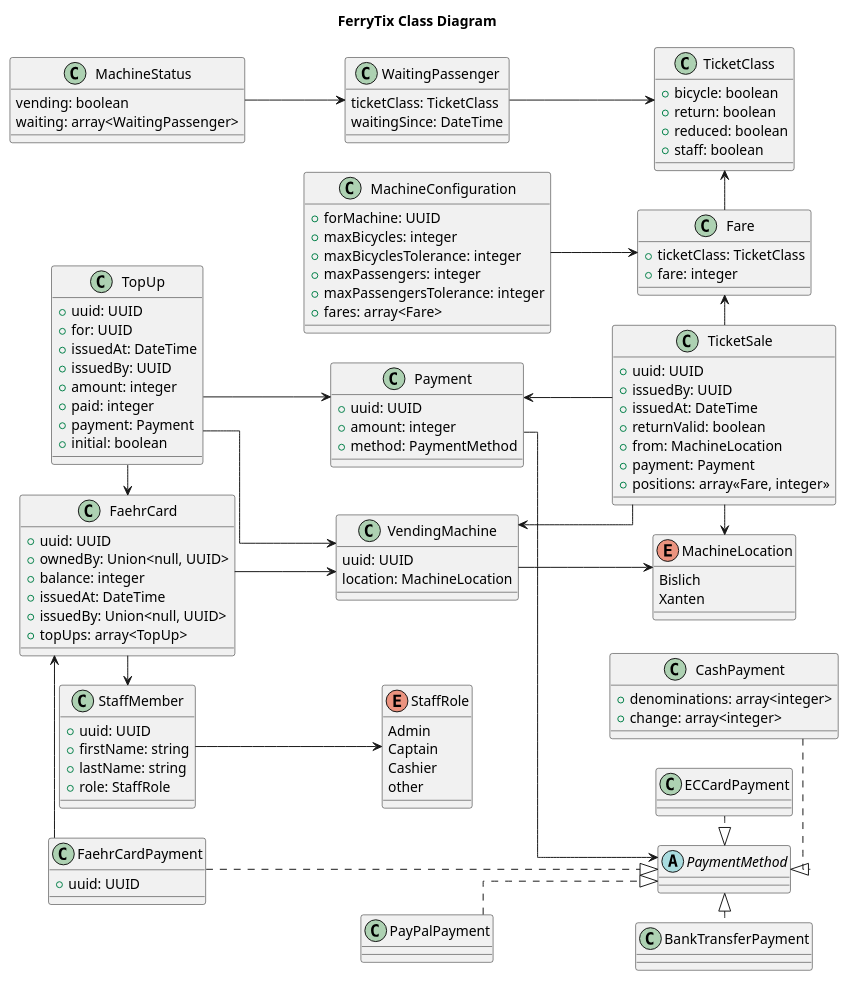
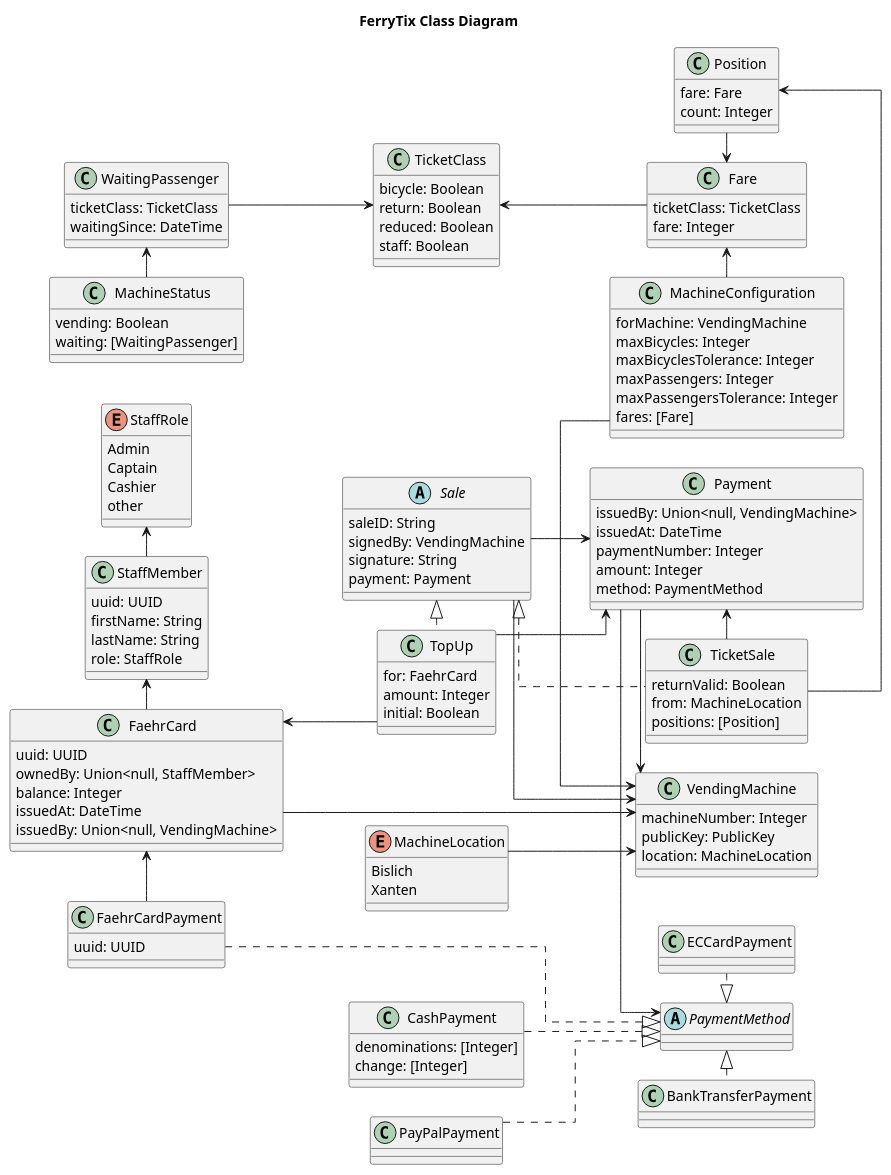
Before and after one commit to FerryTix/diagrams: the diagram in src/class_diagram.puml, drawn with PlantUML. The commit also changed 1 other file, not shown here.

Commit message:
update class diagram

```diff
--- a/src/class_diagram.puml
+++ b/src/class_diagram.puml
@@ -1,164 +1,177 @@
 @startuml
 skinparam linetype ortho
 left to right direction
 skinparam nodesep 30
 title: FerryTix Class Diagram
+
 abstract class PaymentMethod
 
 class FaehrCardPayment {
-    + uuid: UUID
+    uuid: UUID
 }
 FaehrCardPayment .|> PaymentMethod
 FaehrCardPayment -left-> FaehrCard
 
 class CashPayment {
-    + denominations: array<integer>
-    + change: array<integer>
+    denominations: [Integer]
+    change: [Integer]
 }
 
-CashPayment .|> PaymentMethod
+CashPayment ..|> PaymentMethod
 
 class ECCardPayment {
 
 }
 
 ECCardPayment .|> PaymentMethod
 
 class BankTransferPayment {
 
 }
 
 BankTransferPayment .up|> PaymentMethod
 
 class PayPalPayment {
 
 }
 
 PayPalPayment ..|> PaymentMethod
 
 class Payment {
-    + uuid: UUID
-    + amount: integer
-    + method: PaymentMethod
+    issuedBy: Union<null, VendingMachine>
+    issuedAt: DateTime
+    paymentNumber: Integer
+    amount: Integer
+    method: PaymentMethod
 }
 
-Payment --> PaymentMethod
+Payment -> PaymentMethod
+Payment -> VendingMachine
 
 class TicketSale {
-    + uuid: UUID
-    + issuedBy: UUID
-    + issuedAt: DateTime
-    + returnValid: boolean
-    + from: MachineLocation
-    + payment: Payment
-    + positions: array<<Fare, integer>>
+    returnValid: Boolean
+    from: MachineLocation
+    positions: [Position]
 }
 
-TicketSale-up-> VendingMachine
-TicketSale-> MachineLocation
-TicketSale -up> Fare
+class Position {
+    fare: Fare
+    count: Integer
+}
+
+Position -> Fare
+Position <-TicketSale
+
 TicketSale -left-> Payment
 
 
 class TicketClass {
-    + bicycle: boolean
-    + return: boolean
-    + reduced: boolean
-    + staff: boolean
+    bicycle: Boolean
+    return: Boolean
+    reduced: Boolean
+    staff: Boolean
 }
 
-class TopUp {
-    + uuid: UUID
-    + for: UUID
-    + issuedAt: DateTime
-    + issuedBy: UUID
-    + amount: integer
-    + paid: integer
-    + payment: Payment
-    + initial: boolean
+abstract class Sale {
+    saleID: String
+    signedBy: VendingMachine
+    signature: String
+    payment: Payment
+
 }
 
-TopUp-> FaehrCard
-TopUp-> VendingMachine
+TicketSale .left.|> Sale
+TopUp .up|> Sale
+Sale -> Payment
+Sale -> VendingMachine
+
+class TopUp {
+    for: FaehrCard
+    amount: Integer
+    initial: Boolean
+}
+
 TopUp--> Payment
+FaehrCard <-- TopUp
 
 class StaffMember {
-    + uuid: UUID
-    + firstName: string
-    + lastName: string
-    + role: StaffRole
+    uuid: UUID
+    firstName: String
+    lastName: String
+    role: StaffRole
 }
 
-StaffMember--> StaffRole
+StaffMember -up> StaffRole
 
 enum StaffRole {
     Admin
     Captain
     Cashier
     other
 }
 
 class FaehrCard {
-    + uuid: UUID
-    + ownedBy: Union<null, UUID>
-    + balance: integer
-    + issuedAt: DateTime
-    + issuedBy: Union<null, UUID>
-    + topUps: array<TopUp>
+    uuid: UUID
+    ownedBy: Union<null, StaffMember>
+    balance: Integer
+    issuedAt: DateTime
+    issuedBy: Union<null, VendingMachine>
 }
 
-FaehrCard-> StaffMember
+FaehrCard -up> StaffMember
 FaehrCard--> VendingMachine
 
 class MachineConfiguration {
-    + forMachine: UUID
-    + maxBicycles: integer
-    + maxBicyclesTolerance: integer
-    + maxPassengers: integer
-    + maxPassengersTolerance: integer
-    + fares: array<Fare>
+    forMachine: VendingMachine
+    maxBicycles: Integer
+    maxBicyclesTolerance: Integer
+    maxPassengers: Integer
+    maxPassengersTolerance: Integer
+    fares: [Fare]
 }
 
-MachineConfiguration--> Fare
+MachineConfiguration -> VendingMachine
+MachineConfiguration -up> Fare
 
 class Fare {
-    + ticketClass: TicketClass
-    + fare: integer
+    ticketClass: TicketClass
+    fare: Integer
 }
 
-Fare-up> TicketClass
+TicketClass <-- Fare
 
 ' enum MachineCommand {
 '     setSignalRed
 '     setSignalGreen
 '     stopVending
 '     startVending
 ' }
 
 enum MachineLocation {
     Bislich
     Xanten
 }
 
 class VendingMachine {
-    uuid: UUID
+    machineNumber: Integer
+    publicKey: PublicKey
     location: MachineLocation
 }
 
-VendingMachine-> MachineLocation
+MachineLocation --> VendingMachine
 
 class MachineStatus {
-    vending: boolean
-    waiting: array<WaitingPassenger>
+    vending: Boolean
+    waiting: [WaitingPassenger]
 }
 
-MachineStatus--> WaitingPassenger
+WaitingPassenger <- MachineStatus
 
 class WaitingPassenger {
     ticketClass: TicketClass
     waitingSince: DateTime
 }
 
-WaitingPassenger--> TicketClass
+WaitingPassenger --> TicketClass
 
 @enduml
```
